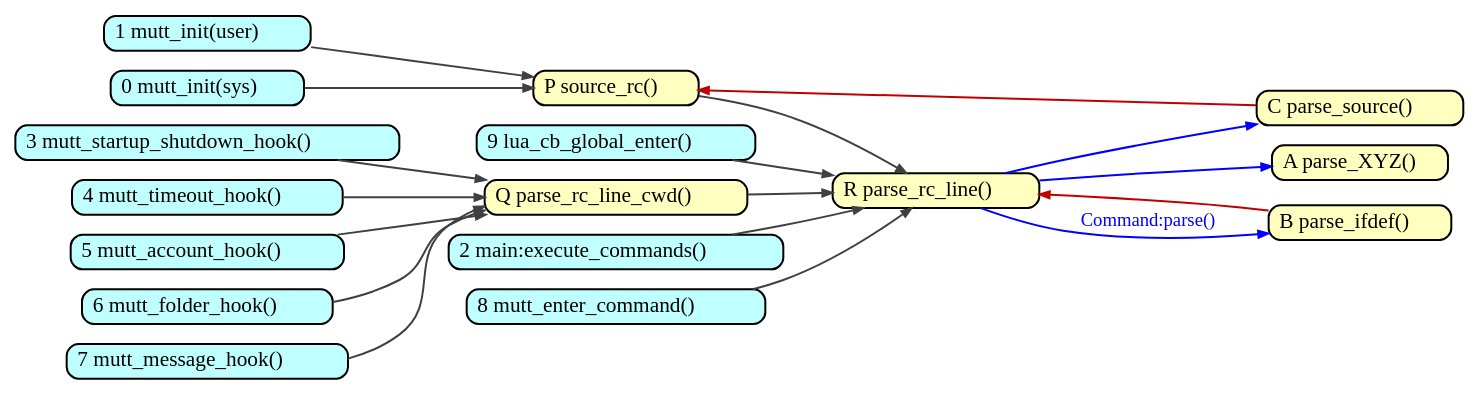
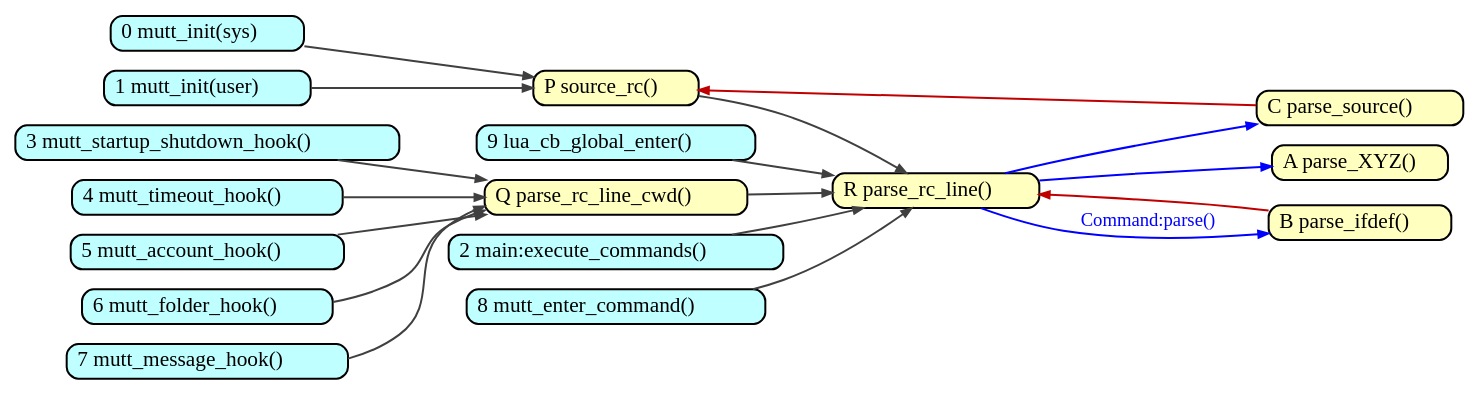
Before and after one commit to neomutt/flatcap-brain-dump: the diagram in commands/parse.gv, drawn with Graphviz. The commit also changed other lines of this file and 3 other files, not shown here.

```diff
--- a/commands/parse.gv
+++ b/commands/parse.gv
@@ -1,73 +1,73 @@
 digraph callgraph {
 	graph [
 		rankdir="LR"
 		nodesep="0.2"
 		ranksep="0.5"
 		compound="true"
 	]
 
 	node [
 		shape="Mrecord"
 		fontsize="16"
 		fillcolor="#ffffff"
 		style="filled"
 		height="0.2"
 		penwidth="1.5"
 		color="black"
 	]
 
 	edge [
 		penwidth="1.5"
 		arrowsize="0.75"
 		color="#404040"
 	]
 
 	// External functions
 	node [ fillcolor="#c0ffff" ]
 	lua_cb_global_enter        [ label=<9 lua_cb_global_enter()>        ]
 	main_execute_commands      [ label=<2 main:execute_commands()>      ]
 	mutt_account_hook          [ label=<5 mutt_account_hook()>          ]
 	mutt_enter_command         [ label=<8 mutt_enter_command()>         ]
 	mutt_folder_hook           [ label=<6 mutt_folder_hook()>           ]
+	mutt_init_user             [ label=<1 mutt_init(user)>              ]
 	mutt_init_sys              [ label=<0 mutt_init(sys)>               ]
-	mutt_init_user             [ label=<1 mutt_init(user)>              ]
 	mutt_message_hook          [ label=<7 mutt_message_hook()>          ]
 	mutt_startup_shutdown_hook [ label=<3 mutt_startup_shutdown_hook()> ]
 	mutt_timeout_hook          [ label=<4 mutt_timeout_hook()>          ]
 
 	{ rank=same mutt_account_hook mutt_folder_hook mutt_message_hook mutt_startup_shutdown_hook mutt_timeout_hook mutt_init_sys mutt_init_user }
 
 	// Parts of Parse System
 	node [ fillcolor="#ffffc0" ]
 	source_rc             [ label=<P source_rc()>             ]
 	parse_rc_line_cwd     [ label=<Q parse_rc_line_cwd()>     ]
 	parse_rc_line         [ label=<R parse_rc_line()>         ]
 
 	parse_XYZ             [ label=<A parse_XYZ()>             ]
 	parse_ifdef           [ label=<B parse_ifdef()>           ]
 	parse_source          [ label=<C parse_source()>          ]
 
 	{ rank=same lua_cb_global_enter main_execute_commands mutt_enter_command parse_rc_line_cwd source_rc }
 
 	mutt_init_sys  -> source_rc
 	mutt_init_user -> source_rc
 	parse_source   -> source_rc [ color="#c00000" ]
 
 	lua_cb_global_enter   -> parse_rc_line
 	main_execute_commands -> parse_rc_line
 	mutt_enter_command    -> parse_rc_line
 	parse_ifdef           -> parse_rc_line [ color="#c00000" ]
 	parse_rc_line_cwd     -> parse_rc_line
 	source_rc             -> parse_rc_line
 
 	parse_rc_line -> parse_ifdef  [ color="#0000ff" label="Command:parse()" fontcolor="#0000ff" ]
 	parse_rc_line -> parse_XYZ    [ color="#0000ff" ]
 	parse_rc_line -> parse_source [ color="#0000ff" ]
 
 	mutt_account_hook          -> parse_rc_line_cwd
 	mutt_folder_hook           -> parse_rc_line_cwd
 	mutt_message_hook          -> parse_rc_line_cwd
 	mutt_startup_shutdown_hook -> parse_rc_line_cwd
 	mutt_timeout_hook          -> parse_rc_line_cwd
 
 }
```
